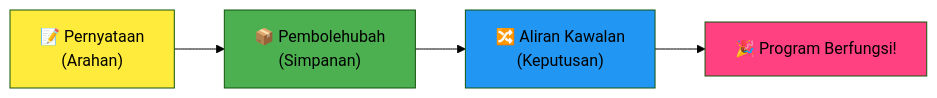
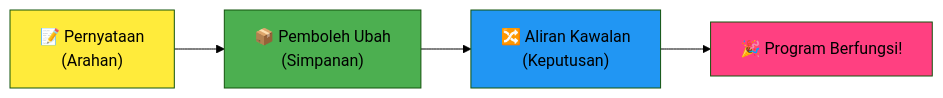
Before and after one commit to microsoft/Web-Dev-For-Beginners: the fourth of 7 diagrams in translations/ms/1-getting-started-lessons/1-intro-to-programming-languages/README.md, drawn with Mermaid (forest theme). The commit also changed other lines of this file and 8 other files, not shown here.

````diff
--- a/translations/ms/1-getting-started-lessons/1-intro-to-programming-languages/README.md
+++ b/translations/ms/1-getting-started-lessons/1-intro-to-programming-languages/README.md
@@ -467,9 +467,9 @@
 ```mermaid
 flowchart LR
-    A["📝 Pernyataan<br/>(Arahan)"] --> B["📦 Pembolehubah<br/>(Simpanan)"] --> C["🔀 Aliran Kawalan<br/>(Keputusan)"] --> D["🎉 Program Berfungsi!"]
+    A["📝 Pernyataan<br/>(Arahan)"] --> B["📦 Pemboleh Ubah<br/>(Simpanan)"] --> C["🔀 Aliran Kawalan<br/>(Keputusan)"] --> D["🎉 Program Berfungsi!"]
     
     style A fill:#ffeb3b
     style B fill:#4caf50
     style C fill:#2196f3
     style D fill:#ff4081
 ```
````
